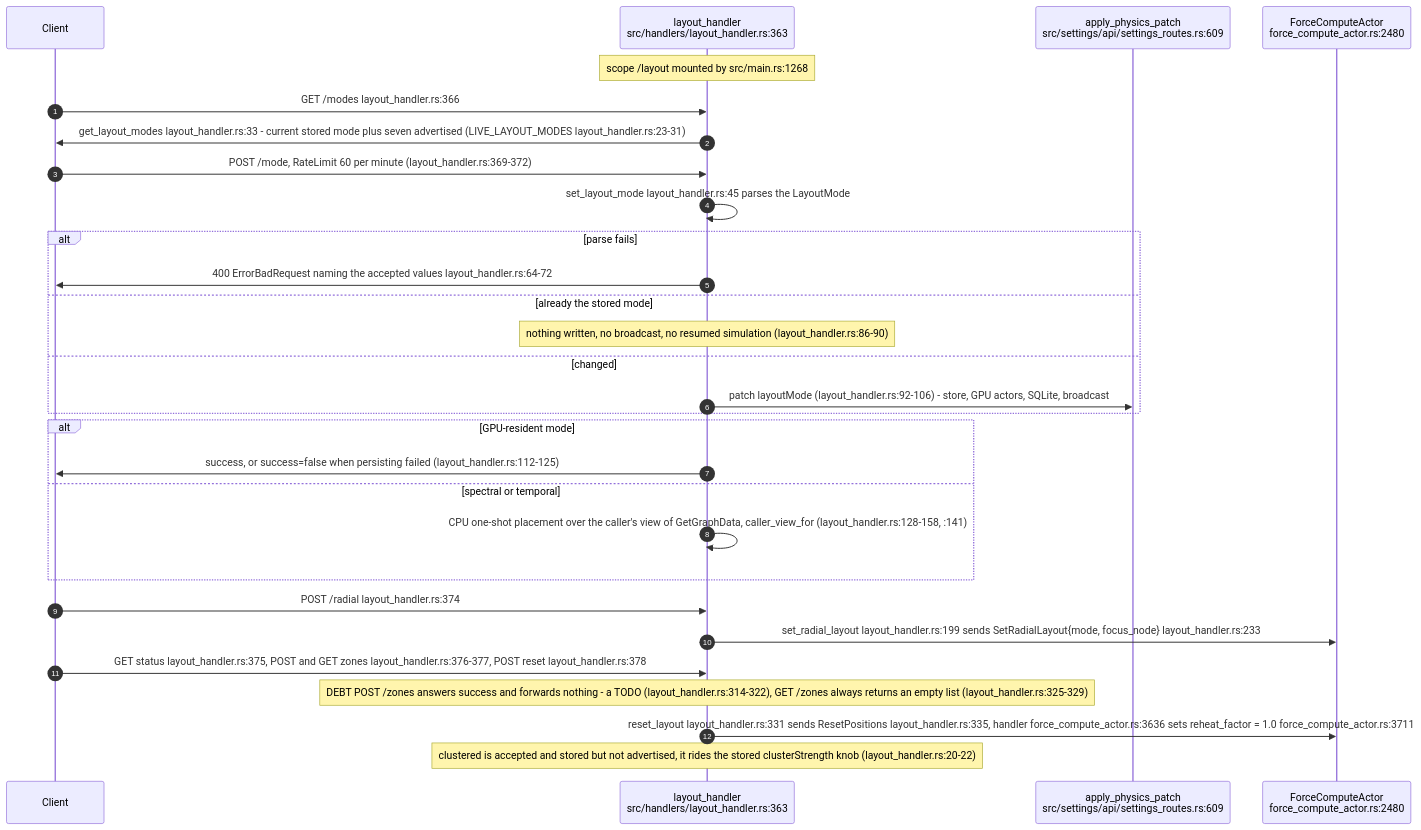
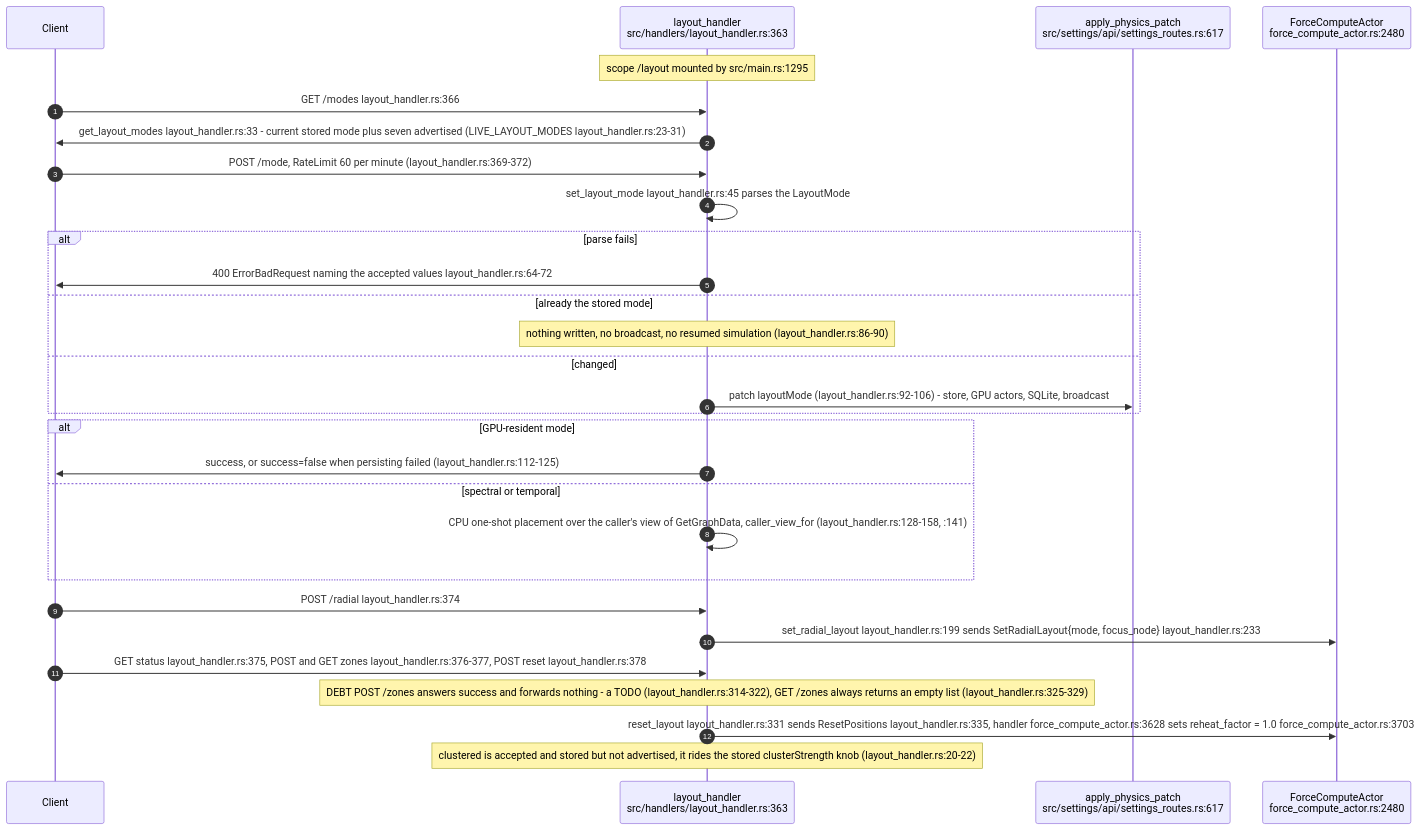
Before and after one commit to DreamLab-AI/VisionFlow: the fifth of 8 diagrams in docs/diagrams/visionclaw/16-interaction-drag-pin-layout.md, drawn with Mermaid. The commit also changed other lines of this file and 46 other files, not shown here.

Commit message:
docs(diagrams): re-verify VisionClaw topics at 809a859aa/a950f4d80 after the consolidation pass

````diff
--- a/docs/diagrams/visionclaw/16-interaction-drag-pin-layout.md
+++ b/docs/diagrams/visionclaw/16-interaction-drag-pin-layout.md
@@ -185,32 +188,32 @@
 ```mermaid
 sequenceDiagram
     autonumber
     participant C as Client
     participant LH as layout_handler<br/>src/handlers/layout_handler.rs:363
-    participant APP as apply_physics_patch<br/>src/settings/api/settings_routes.rs:609
+    participant APP as apply_physics_patch<br/>src/settings/api/settings_routes.rs:617
     participant FCA as ForceComputeActor<br/>force_compute_actor.rs:2480
 
-    Note over LH: scope /layout mounted by src/main.rs:1268
+    Note over LH: scope /layout mounted by src/main.rs:1295
     C->>LH: GET /modes layout_handler.rs:366
     LH->>C: get_layout_modes layout_handler.rs:33 - current stored mode plus seven advertised (LIVE_LAYOUT_MODES layout_handler.rs:23-31)
     C->>LH: POST /mode, RateLimit 60 per minute (layout_handler.rs:369-372)
     LH->>LH: set_layout_mode layout_handler.rs:45 parses the LayoutMode
     alt parse fails
         LH->>C: 400 ErrorBadRequest naming the accepted values layout_handler.rs:64-72
     else already the stored mode
         Note over LH: nothing written, no broadcast, no resumed simulation (layout_handler.rs:86-90)
     else changed
         LH->>APP: patch layoutMode (layout_handler.rs:92-106) - store, GPU actors, SQLite, broadcast
     end
     alt GPU-resident mode
         LH->>C: success, or success=false when persisting failed (layout_handler.rs:112-125)
     else spectral or temporal
         LH->>LH: CPU one-shot placement over the caller's view of GetGraphData, caller_view_for (layout_handler.rs:128-158, :141)
     end
     C->>LH: POST /radial layout_handler.rs:374
     LH->>FCA: set_radial_layout layout_handler.rs:199 sends SetRadialLayout{mode, focus_node} layout_handler.rs:233
     C->>LH: GET status layout_handler.rs:375, POST and GET zones layout_handler.rs:376-377, POST reset layout_handler.rs:378
     Note over LH: DEBT POST /zones answers success and forwards nothing - a TODO (layout_handler.rs:314-322), GET /zones always returns an empty list (layout_handler.rs:325-329)
-    LH->>FCA: reset_layout layout_handler.rs:331 sends ResetPositions layout_handler.rs:335, handler force_compute_actor.rs:3636 sets reheat_factor = 1.0 force_compute_actor.rs:3711
+    LH->>FCA: reset_layout layout_handler.rs:331 sends ResetPositions layout_handler.rs:335, handler force_compute_actor.rs:3628 sets reheat_factor = 1.0 force_compute_actor.rs:3703
     Note over LH: clustered is accepted and stored but not advertised, it rides the stored clusterStrength knob (layout_handler.rs:20-22)
 ```
````
